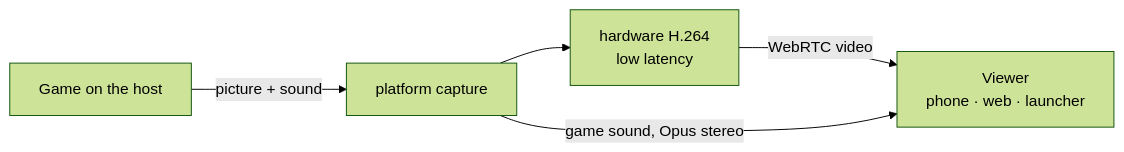
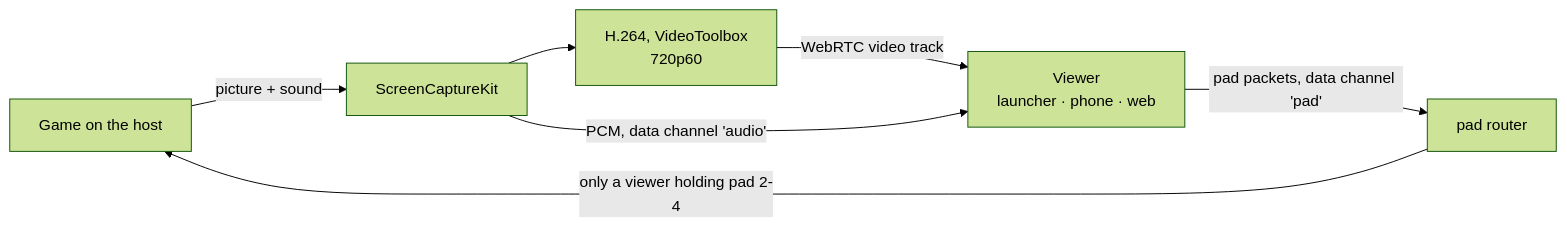
One commit to AnyTogether/AnyPS5-ARM changed the diagram in docs/en/06-realtime-voice-shareplay.md. Above: the diagram before and after it, drawn with Mermaid (forest theme). The commit also changed other lines of this file and 12 other files, not shown here.

````diff
--- a/docs/en/06-realtime-voice-shareplay.md
+++ b/docs/en/06-realtime-voice-shareplay.md
@@ -88,7 +109,9 @@
 ```mermaid
 flowchart LR
-    G[Game on the host] -->|picture + sound| C[platform capture]
-    C --> E[hardware H.264<br/>low latency]
-    E -->|WebRTC video| V[Viewer<br/>phone · web · launcher]
-    C -->|game sound, Opus stereo| V
+    G[Game on the host] -->|picture + sound| C[ScreenCaptureKit]
+    C --> E[H.264, VideoToolbox<br/>720p60]
+    E -->|WebRTC video track| V[Viewer<br/>launcher · phone · web]
+    C -->|"PCM, data channel 'audio'"| V
+    V -->|"pad packets, data channel 'pad'"| R[pad router]
+    R -->|only a viewer holding pad 2-4| G
 ```
````
